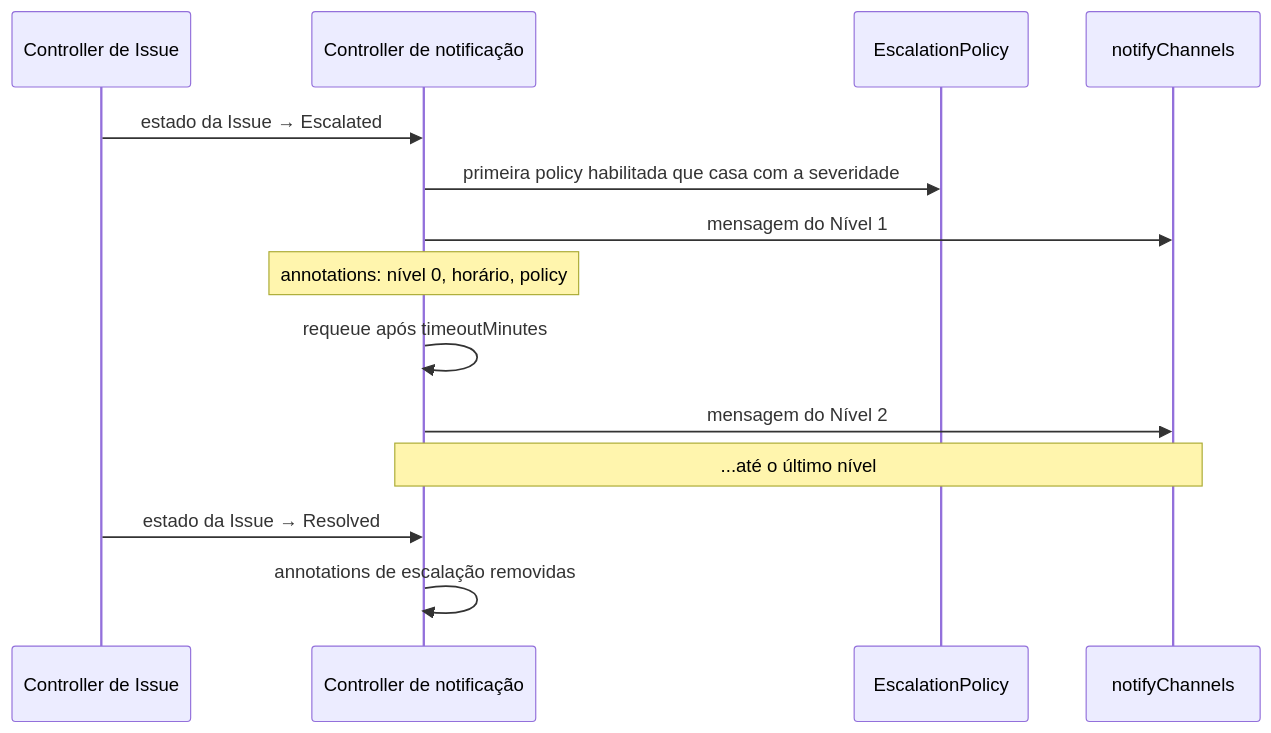
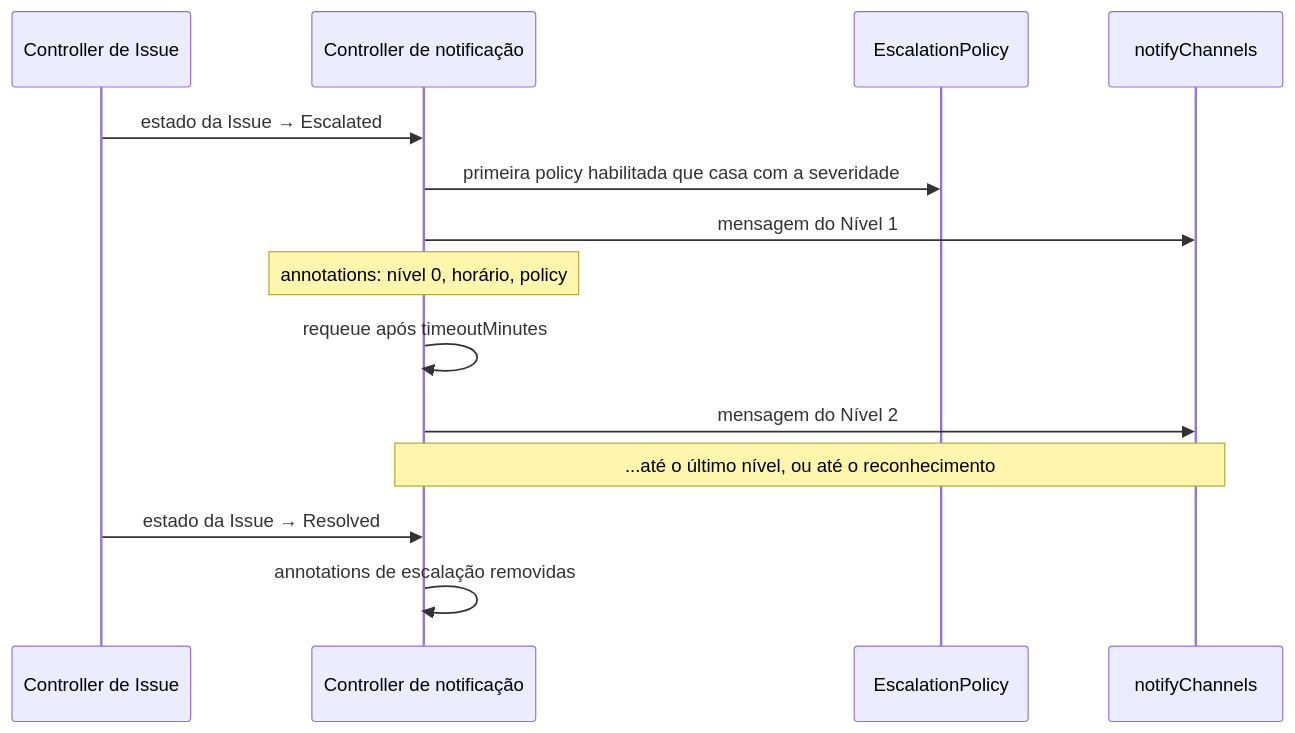
The second of 2 diagrams in pt/features/aiops/notifications.mdx (diillson/chatcli.ai), drawn with Mermaid before and after one commit. The commit also changed other lines of this file and 105 other files, not shown here.

````diff
--- a/pt/features/aiops/notifications.mdx
+++ b/pt/features/aiops/notifications.mdx
@@ -627,17 +627,17 @@
 ```mermaid
 sequenceDiagram
     participant IC as Controller de Issue
     participant NC as Controller de notificação
     participant EP as EscalationPolicy
     participant CH as notifyChannels
 
     IC->>NC: estado da Issue → Escalated
     NC->>EP: primeira policy habilitada que casa com a severidade
     NC->>CH: mensagem do Nível 1
     Note over NC: annotations: nível 0, horário, policy
     NC->>NC: requeue após timeoutMinutes
     NC->>CH: mensagem do Nível 2
-    Note over NC,CH: ...até o último nível
+    Note over NC,CH: ...até o último nível, ou até o reconhecimento
     IC->>NC: estado da Issue → Resolved
     NC->>NC: annotations de escalação removidas
 ```
````
